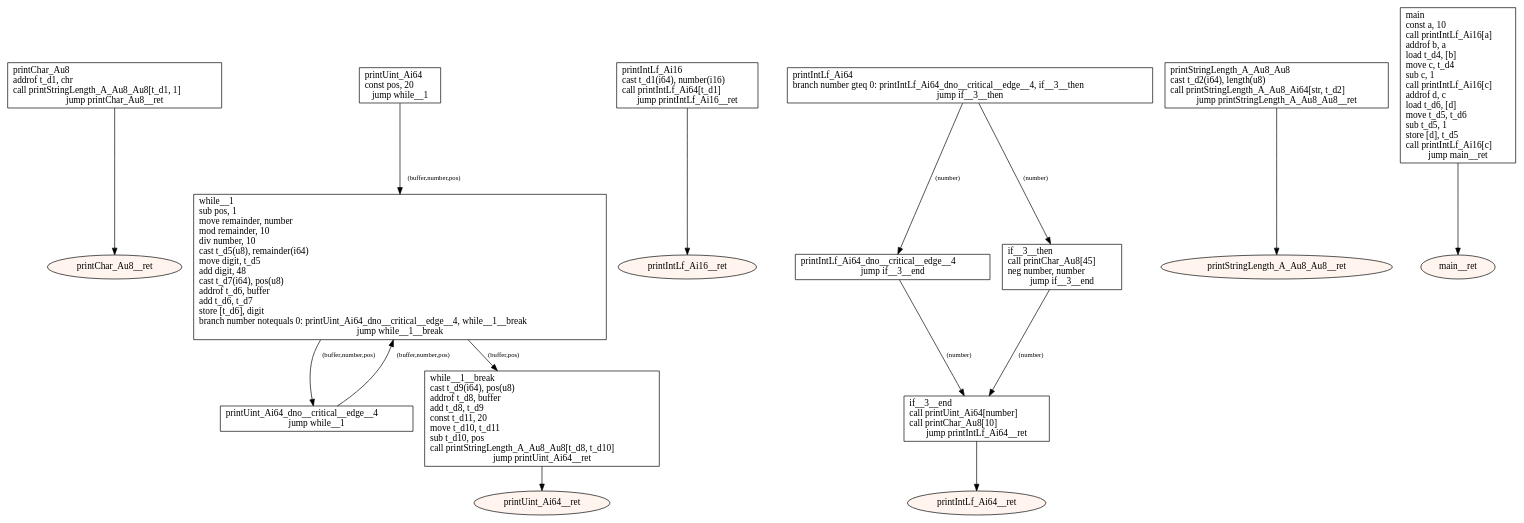
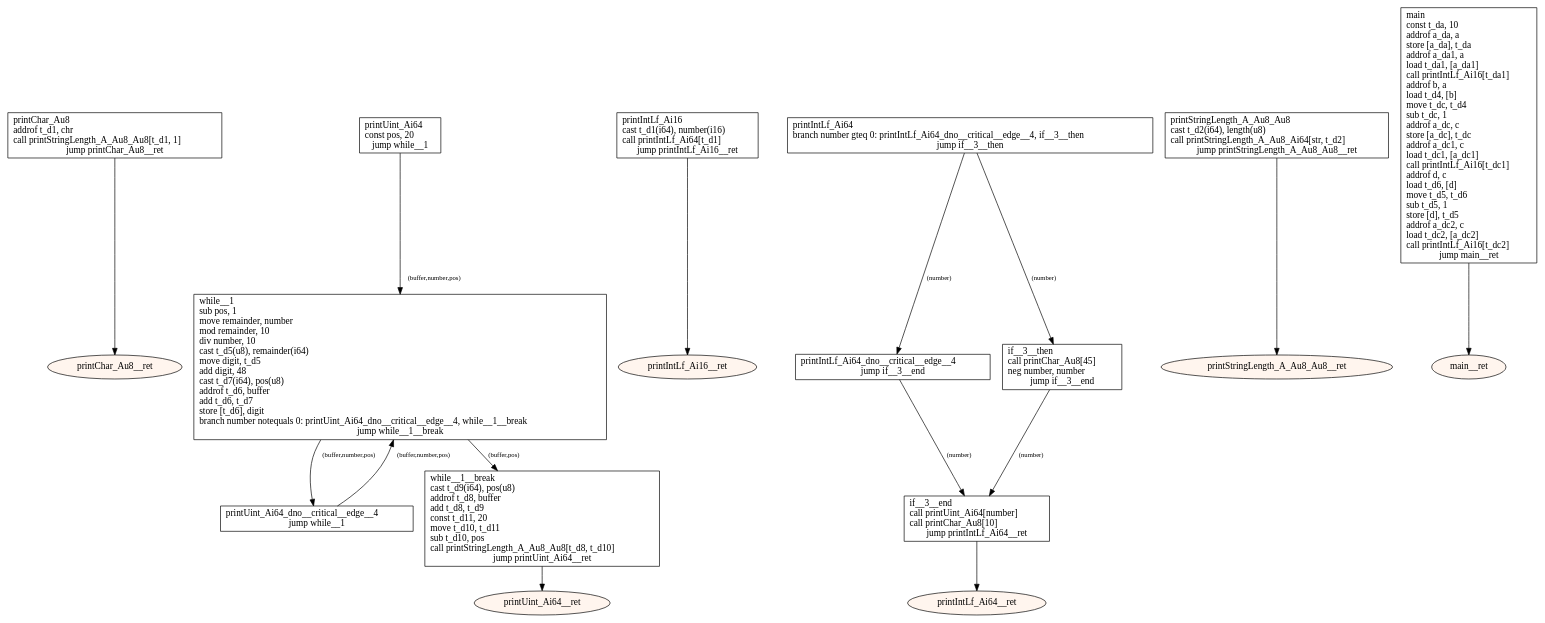
Before and after one commit to tmssngr/tinyC: the diagram in src/main/resources-test/compiler/windows/pointers.dot, drawn with Graphviz. The commit also changed 8 other files, not shown here.

```diff
--- a/src/main/resources-test/compiler/windows/pointers.dot
+++ b/src/main/resources-test/compiler/windows/pointers.dot
@@ -1,47 +1,47 @@
 digraph program {
 	edge[fontsize="10pt"];
 	subgraph fn_printChar_Au8 {
 		BasicBlock_0_printChar_Au8 [label="printChar_Au8\laddrof t_d1, chr\lcall printStringLength_A_Au8_Au8[t_d1, 1]\ljump printChar_Au8__ret",shape=box];
 		BasicBlock_0_printChar_Au8 -> BasicBlock_0_printChar_Au8__ret;
 		BasicBlock_0_printChar_Au8__ret [label="printChar_Au8__ret",shape=oval,style=filled,fillcolor="#fff5ee"];
 	}
 	subgraph fn_printUint_Ai64 {
 		BasicBlock_1_printUint_Ai64 [label="printUint_Ai64\lconst pos, 20\ljump while__1",shape=box];
 		BasicBlock_1_printUint_Ai64 -> BasicBlock_1_while__1 [label="(buffer,number,pos)"];
 		BasicBlock_1_printUint_Ai64_dno__critical__edge__4 [label="printUint_Ai64_dno__critical__edge__4\ljump while__1",shape=box];
 		BasicBlock_1_printUint_Ai64_dno__critical__edge__4 -> BasicBlock_1_while__1 [label="(buffer,number,pos)"];
 		BasicBlock_1_while__1 [label="while__1\lsub pos, 1\lmove remainder, number\lmod remainder, 10\ldiv number, 10\lcast t_d5(u8), remainder(i64)\lmove digit, t_d5\ladd digit, 48\lcast t_d7(i64), pos(u8)\laddrof t_d6, buffer\ladd t_d6, t_d7\lstore [t_d6], digit\lbranch number notequals 0: printUint_Ai64_dno__critical__edge__4, while__1__break\ljump while__1__break",shape=box];
 		BasicBlock_1_while__1 -> BasicBlock_1_printUint_Ai64_dno__critical__edge__4 [label="(buffer,number,pos)"];
 		BasicBlock_1_while__1 -> BasicBlock_1_while__1__break [label="(buffer,pos)"];
 		BasicBlock_1_while__1__break [label="while__1__break\lcast t_d9(i64), pos(u8)\laddrof t_d8, buffer\ladd t_d8, t_d9\lconst t_d11, 20\lmove t_d10, t_d11\lsub t_d10, pos\lcall printStringLength_A_Au8_Au8[t_d8, t_d10]\ljump printUint_Ai64__ret",shape=box];
 		BasicBlock_1_while__1__break -> BasicBlock_1_printUint_Ai64__ret;
 		BasicBlock_1_printUint_Ai64__ret [label="printUint_Ai64__ret",shape=oval,style=filled,fillcolor="#fff5ee"];
 	}
 	subgraph fn_printIntLf_Ai16 {
 		BasicBlock_2_printIntLf_Ai16 [label="printIntLf_Ai16\lcast t_d1(i64), number(i16)\lcall printIntLf_Ai64[t_d1]\ljump printIntLf_Ai16__ret",shape=box];
 		BasicBlock_2_printIntLf_Ai16 -> BasicBlock_2_printIntLf_Ai16__ret;
 		BasicBlock_2_printIntLf_Ai16__ret [label="printIntLf_Ai16__ret",shape=oval,style=filled,fillcolor="#fff5ee"];
 	}
 	subgraph fn_printIntLf_Ai64 {
 		BasicBlock_3_printIntLf_Ai64 [label="printIntLf_Ai64\lbranch number gteq 0: printIntLf_Ai64_dno__critical__edge__4, if__3__then\ljump if__3__then",shape=box];
 		BasicBlock_3_printIntLf_Ai64 -> BasicBlock_3_printIntLf_Ai64_dno__critical__edge__4 [label="(number)"];
 		BasicBlock_3_printIntLf_Ai64 -> BasicBlock_3_if__3__then [label="(number)"];
 		BasicBlock_3_printIntLf_Ai64_dno__critical__edge__4 [label="printIntLf_Ai64_dno__critical__edge__4\ljump if__3__end",shape=box];
 		BasicBlock_3_printIntLf_Ai64_dno__critical__edge__4 -> BasicBlock_3_if__3__end [label="(number)"];
 		BasicBlock_3_if__3__then [label="if__3__then\lcall printChar_Au8[45]\lneg number, number\ljump if__3__end",shape=box];
 		BasicBlock_3_if__3__then -> BasicBlock_3_if__3__end [label="(number)"];
 		BasicBlock_3_if__3__end [label="if__3__end\lcall printUint_Ai64[number]\lcall printChar_Au8[10]\ljump printIntLf_Ai64__ret",shape=box];
 		BasicBlock_3_if__3__end -> BasicBlock_3_printIntLf_Ai64__ret;
 		BasicBlock_3_printIntLf_Ai64__ret [label="printIntLf_Ai64__ret",shape=oval,style=filled,fillcolor="#fff5ee"];
 	}
 	subgraph fn_printStringLength_A_Au8_Au8 {
 		BasicBlock_4_printStringLength_A_Au8_Au8 [label="printStringLength_A_Au8_Au8\lcast t_d2(i64), length(u8)\lcall printStringLength_A_Au8_Ai64[str, t_d2]\ljump printStringLength_A_Au8_Au8__ret",shape=box];
 		BasicBlock_4_printStringLength_A_Au8_Au8 -> BasicBlock_4_printStringLength_A_Au8_Au8__ret;
 		BasicBlock_4_printStringLength_A_Au8_Au8__ret [label="printStringLength_A_Au8_Au8__ret",shape=oval,style=filled,fillcolor="#fff5ee"];
 	}
 	subgraph fn_main {
-		BasicBlock_5_main [label="main\lconst a, 10\lcall printIntLf_Ai16[a]\laddrof b, a\lload t_d4, [b]\lmove c, t_d4\lsub c, 1\lcall printIntLf_Ai16[c]\laddrof d, c\lload t_d6, [d]\lmove t_d5, t_d6\lsub t_d5, 1\lstore [d], t_d5\lcall printIntLf_Ai16[c]\ljump main__ret",shape=box];
+		BasicBlock_5_main [label="main\lconst t_da, 10\laddrof a_da, a\lstore [a_da], t_da\laddrof a_da1, a\lload t_da1, [a_da1]\lcall printIntLf_Ai16[t_da1]\laddrof b, a\lload t_d4, [b]\lmove t_dc, t_d4\lsub t_dc, 1\laddrof a_dc, c\lstore [a_dc], t_dc\laddrof a_dc1, c\lload t_dc1, [a_dc1]\lcall printIntLf_Ai16[t_dc1]\laddrof d, c\lload t_d6, [d]\lmove t_d5, t_d6\lsub t_d5, 1\lstore [d], t_d5\laddrof a_dc2, c\lload t_dc2, [a_dc2]\lcall printIntLf_Ai16[t_dc2]\ljump main__ret",shape=box];
 		BasicBlock_5_main -> BasicBlock_5_main__ret;
 		BasicBlock_5_main__ret [label="main__ret",shape=oval,style=filled,fillcolor="#fff5ee"];
 	}
 }
```
